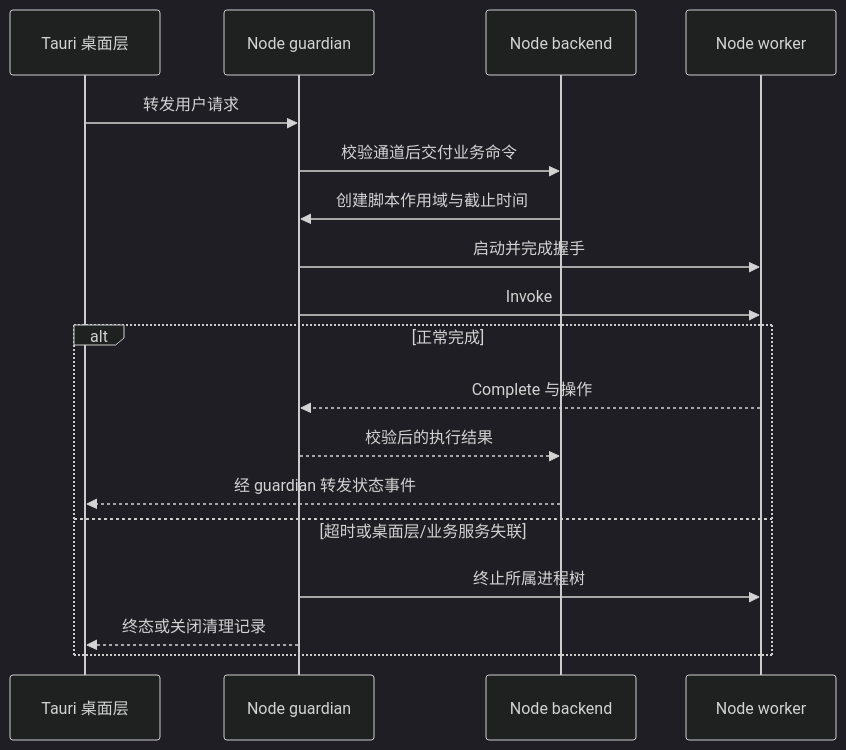
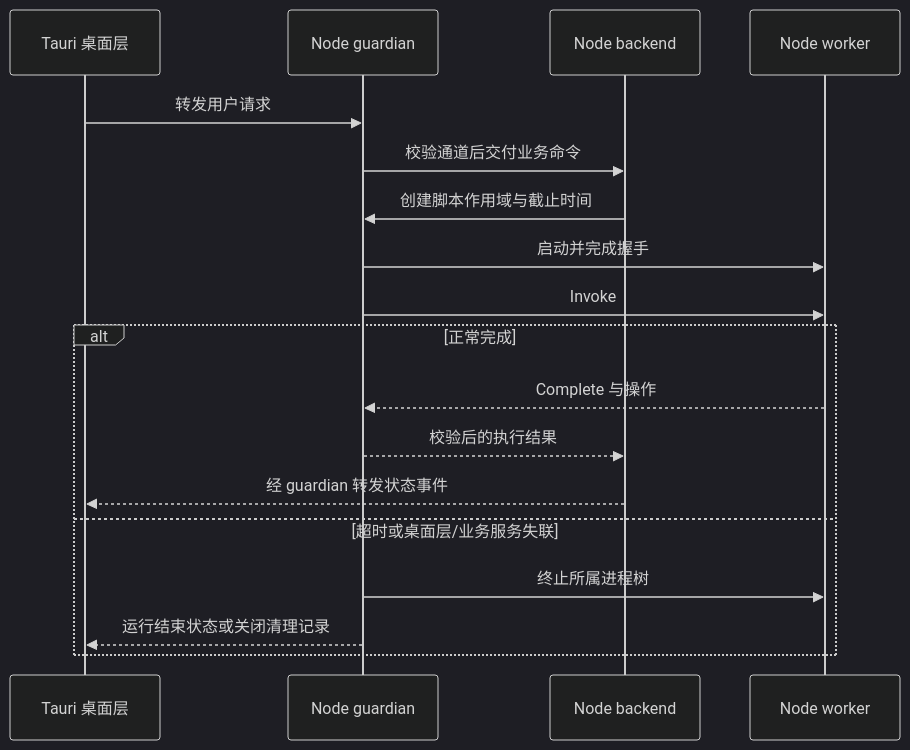
One commit to owent/xresconv-gui changed the diagram in docs/plan/02-contracts-script-host.md. Above: the diagram before and after it, drawn with Mermaid (dark theme). The commit also changed other lines of this file and 91 other files, not shown here.

````diff
--- a/docs/plan/02-contracts-script-host.md
+++ b/docs/plan/02-contracts-script-host.md
@@ -121,20 +121,20 @@
 ```mermaid
 sequenceDiagram
     participant UI as Tauri 桌面层
     participant Guard as Node guardian
     participant Backend as Node backend
     participant JS as Node worker
     UI->>Guard: 转发用户请求
     Guard->>Backend: 校验通道后交付业务命令
     Backend->>Guard: 创建脚本作用域与截止时间
     Guard->>JS: 启动并完成握手
     Guard->>JS: Invoke
     alt 正常完成
         JS-->>Guard: Complete 与操作
         Guard-->>Backend: 校验后的执行结果
         Backend-->>UI: 经 guardian 转发状态事件
     else 超时或桌面层/业务服务失联
         Guard->>JS: 终止所属进程树
-        Guard-->>UI: 终态或关闭清理记录
+        Guard-->>UI: 运行结束状态或关闭清理记录
     end
 ```
````
